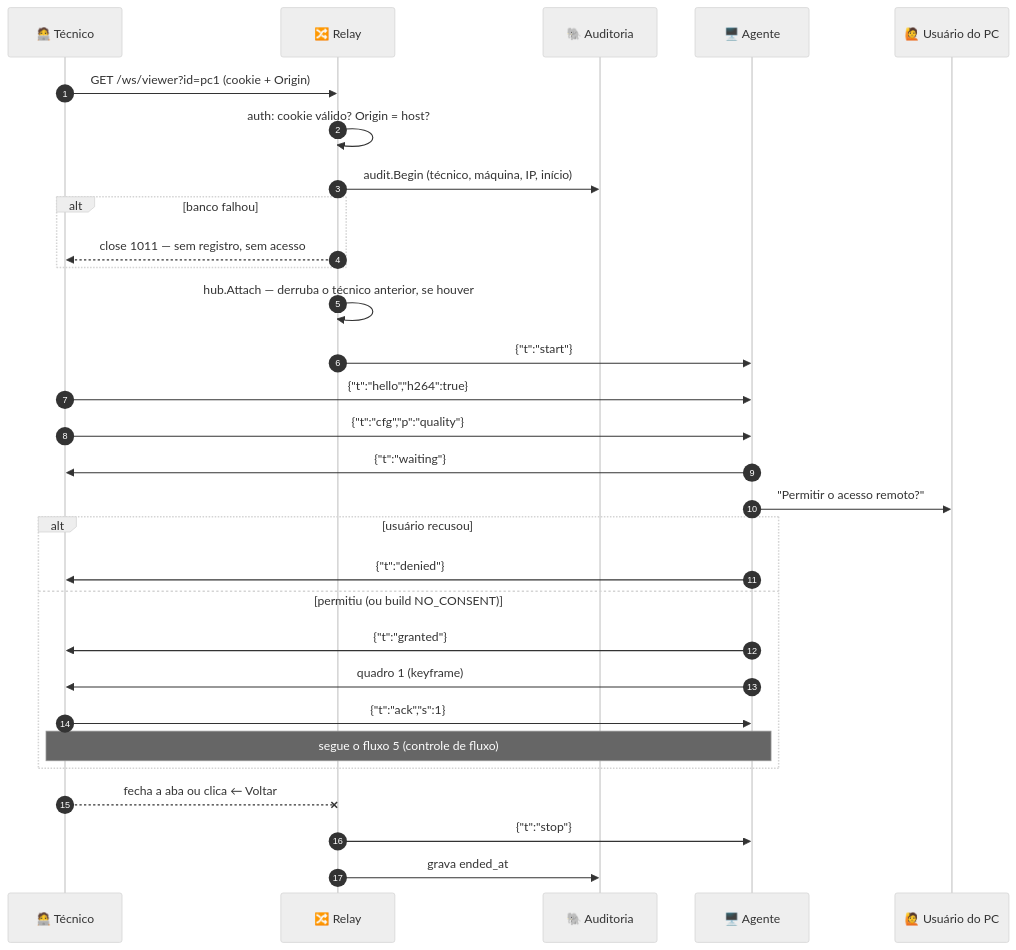
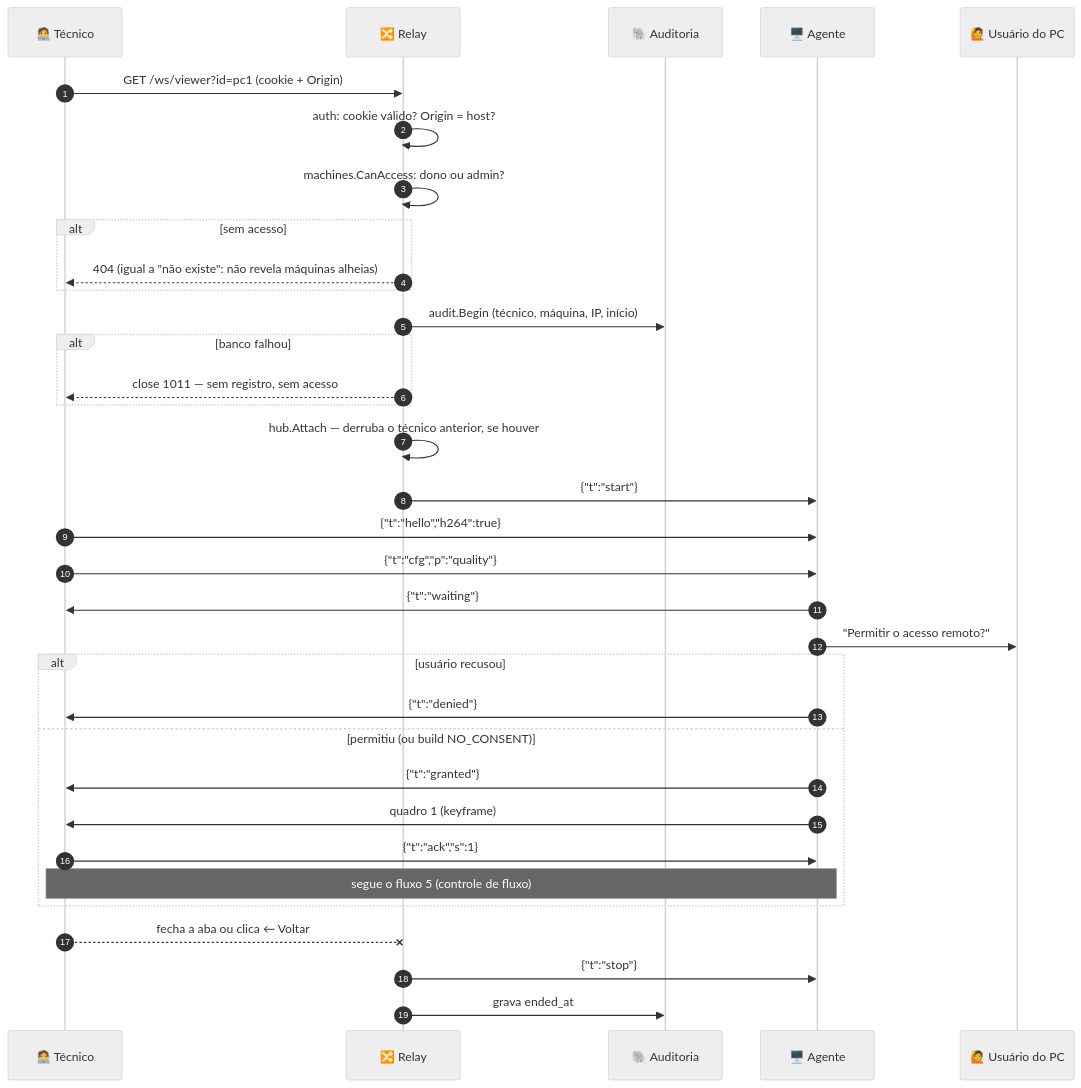
One commit to caetasousa/remoteIT changed the third of 19 diagrams in docs/FLUXOS.md. Above: the diagram before and after it, drawn with Mermaid (neutral theme). The commit also changed other lines of this file and 63 other files, not shown here.

````diff
--- a/docs/FLUXOS.md
+++ b/docs/FLUXOS.md
@@ -107,32 +118,36 @@
 ```mermaid
 sequenceDiagram
     autonumber
     participant T as 🧑‍💻 Técnico
     participant R as 🔀 Relay
     participant DB as 🐘 Auditoria
     participant A as 🖥️ Agente
     participant U as 🙋 Usuário do PC
     T->>R: GET /ws/viewer?id=pc1 (cookie + Origin)
     R->>R: auth: cookie válido? Origin = host?
+    R->>R: machines.CanAccess: dono ou admin?
+    alt sem acesso
+        R-->>T: 404 (igual a "não existe": não revela máquinas alheias)
+    end
     R->>DB: audit.Begin (técnico, máquina, IP, início)
     alt banco falhou
         R-->>T: close 1011 — sem registro, sem acesso
     end
     R->>R: hub.Attach — derruba o técnico anterior, se houver
     R->>A: {"t":"start"}
     T->>A: {"t":"hello","h264":true}
     T->>A: {"t":"cfg","p":"quality"}
     A->>T: {"t":"waiting"}
     A->>U: "Permitir o acesso remoto?"
     alt usuário recusou
         A->>T: {"t":"denied"}
     else permitiu (ou build NO_CONSENT)
         A->>T: {"t":"granted"}
         A->>T: quadro 1 (keyframe)
         T->>A: {"t":"ack","s":1}
         Note over T,A: segue o fluxo 5 (controle de fluxo)
     end
     T--xR: fecha a aba ou clica ← Voltar
     R->>A: {"t":"stop"}
     R->>DB: grava ended_at
 ```
````
